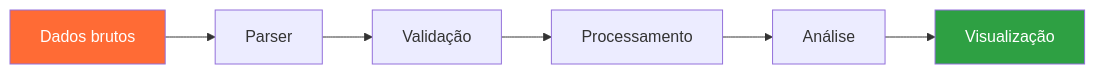
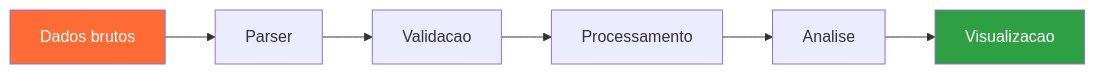
One commit to ViniciusCMB/telemetry-trainee-program changed the first of 2 diagrams in docs/trilhas/python.md. Above: the diagram before and after it, drawn with Mermaid. The commit also changed other lines of this file and 8 other files, not shown here.

First line of the commit message:
fix: corrige syntaxe Mermaid flowcharts para exibicao web

````diff
--- a/docs/trilhas/python.md
+++ b/docs/trilhas/python.md
@@ -21,11 +21,11 @@
 ```mermaid
 flowchart LR
     A[Dados brutos] --> B[Parser]
-    B --> C[Validação]
+    B --> C[Validacao]
     C --> D[Processamento]
-    D --> E[Análise]
-    E --> F[Visualização]
+    D --> E[Analise]
+    E --> F[Visualizacao]
     
     style A fill:#ff6b35,color:#fff
     style F fill:#2ea043,color:#fff
 ```
````
